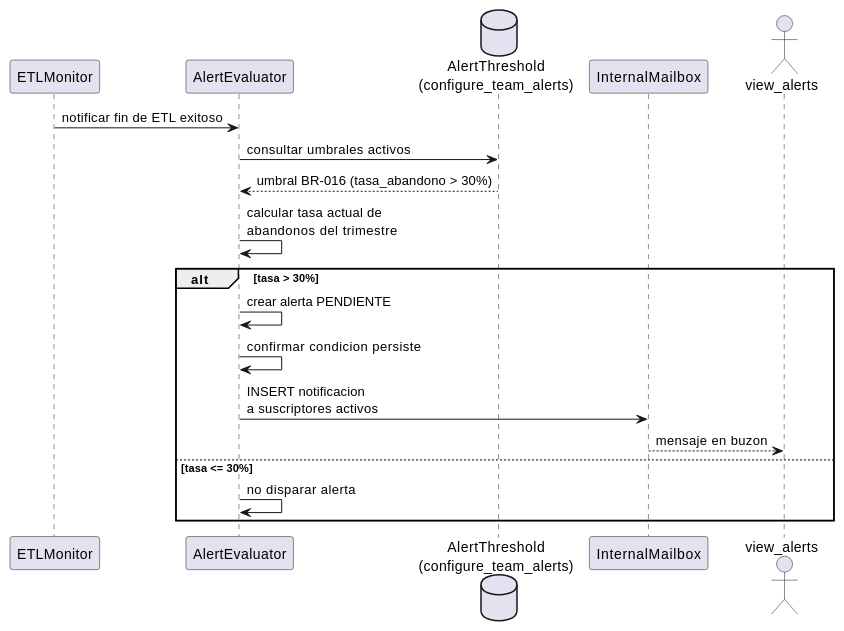
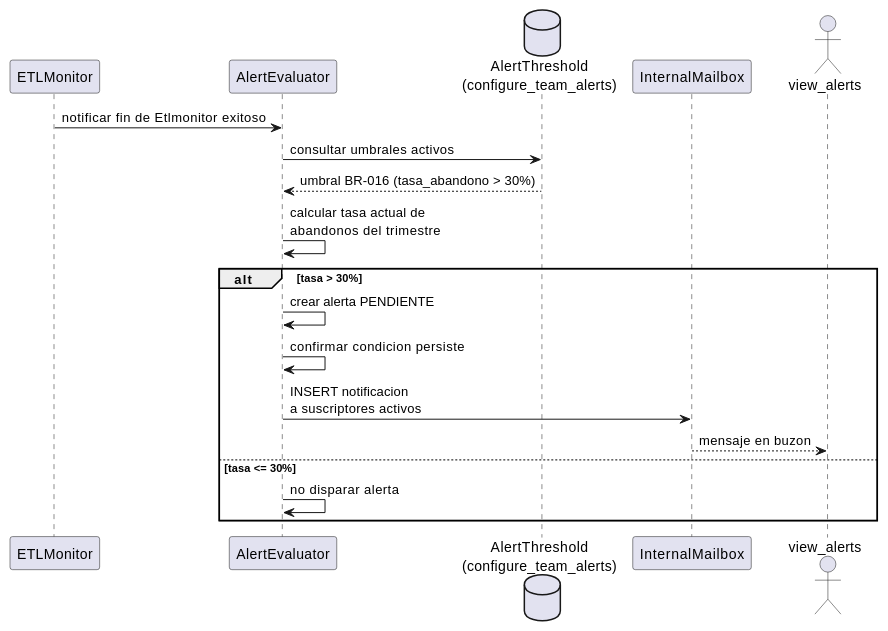
The second of 3 diagrams in source/arquitectura-tecnica/modulos/alerts/diagramas.rst (jcg-admin/IACT-docs), drawn with PlantUML before and after one commit. The commit also changed other lines of this file and 9 other files, not shown here.

First line of the commit message:
Fix aliases in modulos arquitectura diagramas.rst files

```diff
--- a/source/arquitectura-tecnica/modulos/alerts/diagramas.rst
+++ b/source/arquitectura-tecnica/modulos/alerts/diagramas.rst
@@ -40,25 +40,25 @@
 .. uml::
  :caption: Disparo automatico de alerta por tasa de abandono (BR-016 >30%).
 
  @startuml
 
- participant "ETLMonitor" as ETL
- participant "AlertEvaluator" as AE
- database "AlertThreshold\n(configure_team_alerts)" as TH
- participant "InternalMailbox" as MB
- actor "view_alerts" as USR
+ participant "ETLMonitor" as Etlmonitor
+ participant "AlertEvaluator" as Alertevaluator
+ database "AlertThreshold\n(configure_team_alerts)" as Alertthreshold
+ participant "InternalMailbox" as Internalmailbox
+ actor "view_alerts" as view_alerts
 
- ETL -> AE : notificar fin de ETL exitoso
- AE -> TH : consultar umbrales activos
- TH --> AE : umbral BR-016 (tasa_abandono > 30%)
- AE -> AE : calcular tasa actual de\nabandonos del trimestre
+ Etlmonitor -> Alertevaluator : notificar fin de Etlmonitor exitoso
+ Alertevaluator -> Alertthreshold : consultar umbrales activos
+ Alertthreshold --> Alertevaluator : umbral BR-016 (tasa_abandono > 30%)
+ Alertevaluator -> Alertevaluator : calcular tasa actual de\nabandonos del trimestre
  alt tasa > 30%
-   AE -> AE : crear alerta PENDIENTE
-   AE -> AE : confirmar condicion persiste
-   AE -> MB : INSERT notificacion\na suscriptores activos
-   MB --> USR : mensaje en buzon
+   Alertevaluator -> Alertevaluator : crear alerta PENDIENTE
+   Alertevaluator -> Alertevaluator : confirmar condicion persiste
+   Alertevaluator -> Internalmailbox : INSERT notificacion\na suscriptores activos
+   Internalmailbox --> view_alerts : mensaje en buzon
  else tasa <= 30%
-   AE -> AE : no disparar alerta
+   Alertevaluator -> Alertevaluator : no disparar alerta
  end
 
  @enduml
```
